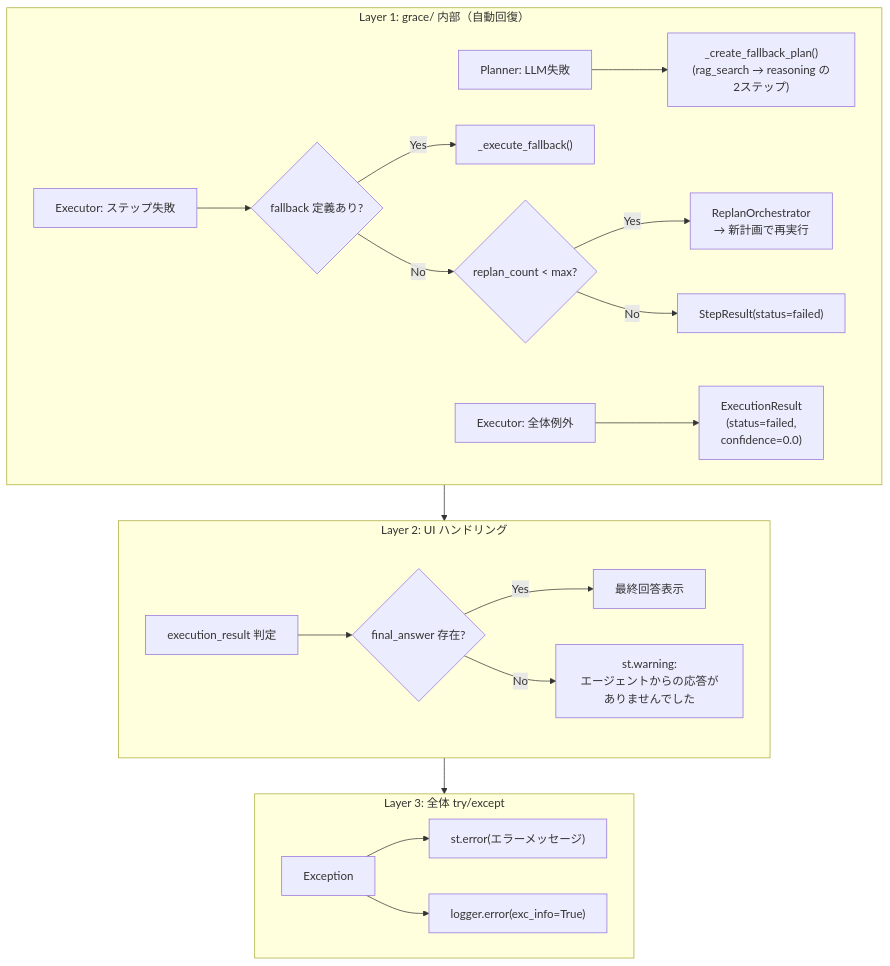
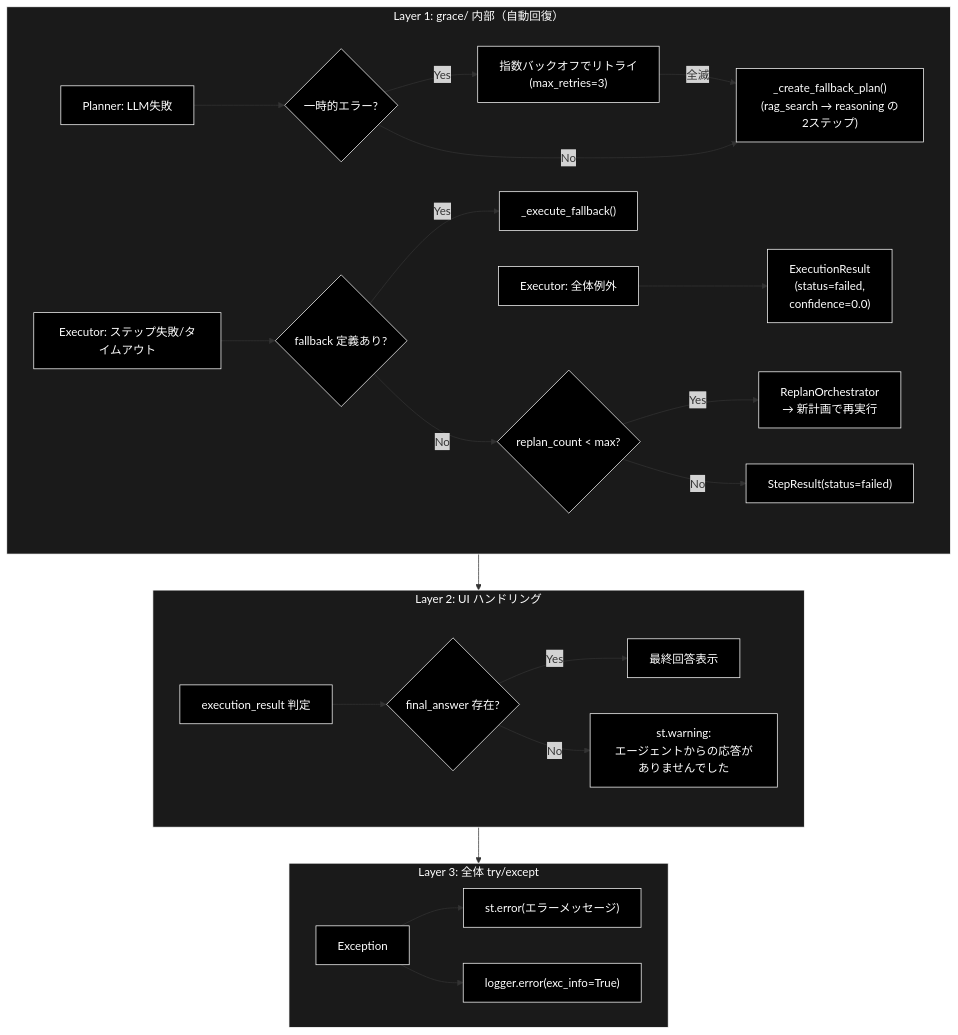
Before and after one commit to nakashima2toshio/openai_grace_agent: diagram 13 of 13 in readme_autonomous_agent.md, drawn with Mermaid. The commit also changed other lines of this file and 4 other files, not shown here.

````diff
--- a/readme_autonomous_agent.md
+++ b/readme_autonomous_agent.md
@@ -1432,27 +1799,36 @@
 ```mermaid
 flowchart TB
     subgraph Layer1["Layer 1: grace/ 内部（自動回復）"]
-        A1["Planner: LLM失敗"] --> A2["_create_fallback_plan()<br/>(rag_search → reasoning の2ステップ)"]
-        A3["Executor: ステップ失敗"] --> A4{"fallback 定義あり?"}
+        A1["Planner: LLM失敗"] --> A1a{"一時的エラー?"}
+        A1a -->|Yes| A1b["指数バックオフでリトライ<br/>(max_retries=3)"]
+        A1a -->|No| A2["_create_fallback_plan()<br/>(rag_search → reasoning の2ステップ)"]
+        A1b -->|全滅| A2
+        A3["Executor: ステップ失敗/タイムアウト"] --> A4{"fallback 定義あり?"}
         A4 -->|Yes| A5["_execute_fallback()"]
         A4 -->|No| A6{"replan_count < max?"}
         A6 -->|Yes| A7["ReplanOrchestrator<br/>→ 新計画で再実行"]
         A6 -->|No| A8["StepResult(status=failed)"]
         A9["Executor: 全体例外"] --> A10["ExecutionResult<br/>(status=failed,<br/>confidence=0.0)"]
     end
 
     subgraph Layer2["Layer 2: UI ハンドリング"]
         B1["execution_result 判定"]
         B1 --> B2{"final_answer 存在?"}
         B2 -->|Yes| B3["最終回答表示"]
         B2 -->|No| B4["st.warning:<br/>エージェントからの応答がありませんでした"]
     end
 
     subgraph Layer3["Layer 3: 全体 try/except"]
         C1["Exception"] --> C2["st.error(エラーメッセージ)"]
         C1 --> C3["logger.error(exc_info=True)"]
     end
 
     Layer1 --> Layer2
     Layer2 --> Layer3
+classDef default fill:#000,stroke:#fff,color:#fff
+classDef subgraphStyle fill:#1a1a1a,stroke:#fff,color:#fff
+class A1,A1a,A1b,A2,A3,A4,A5,A6,A7,A8,A9,A10,B1,B2,B3,B4,C1,C2,C3 default
+style Layer1 fill:#1a1a1a,stroke:#fff,color:#fff
+style Layer2 fill:#1a1a1a,stroke:#fff,color:#fff
+style Layer3 fill:#1a1a1a,stroke:#fff,color:#fff
 ```
````
